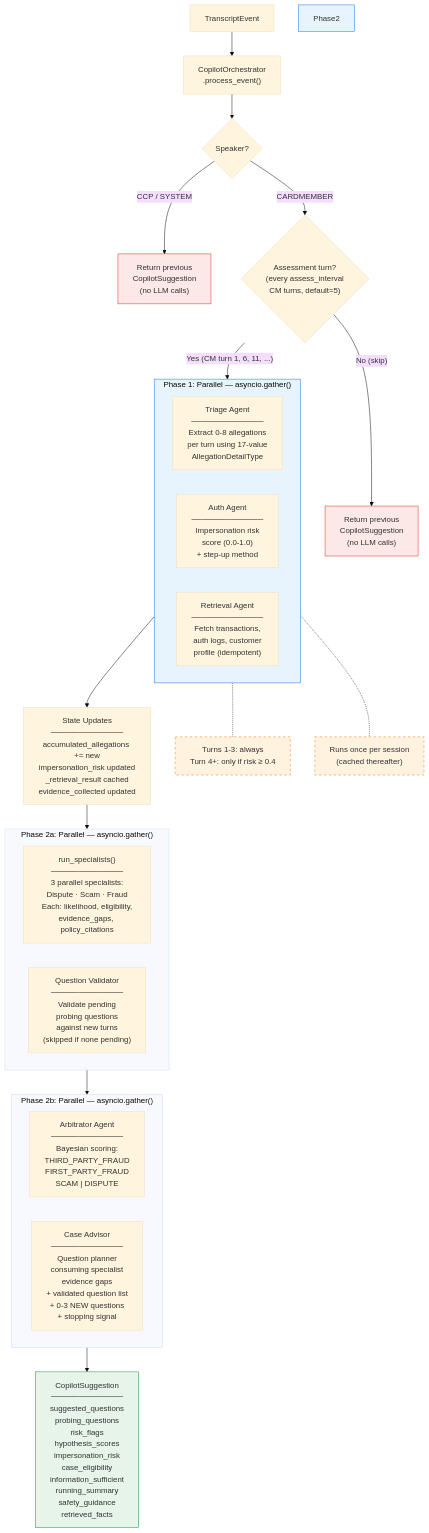
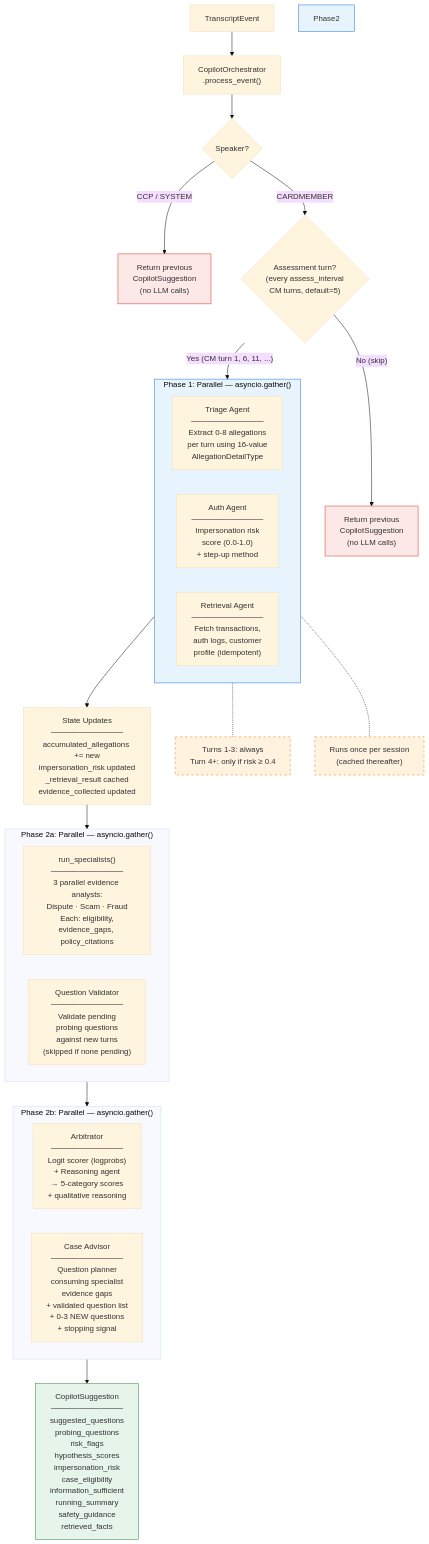
The diagram in doc/copilot-workflow.md (hjf1997/agentic_fraud_servicing), drawn with Mermaid (base theme) before and after one commit. The commit also changed other lines of this file and 13 other files, not shown here.

First line of the commit message:
feat(copilot): replace LLM-generated scores with logprob-based hypothesis scoring

````diff
--- a/doc/copilot-workflow.md
+++ b/doc/copilot-workflow.md
@@ -9,50 +9,50 @@
 ```mermaid
 flowchart TD
     Event["TranscriptEvent"] --> Orch["CopilotOrchestrator<br/>.process_event()"]
 
     Orch --> SpeakerCheck{Speaker?}
 
     SpeakerCheck -->|CCP / SYSTEM| ReturnPrev["Return previous<br/>CopilotSuggestion<br/>(no LLM calls)"]
     SpeakerCheck -->|CARDMEMBER| IntervalCheck
 
     IntervalCheck{"Assessment turn?<br/>(every assess_interval<br/>CM turns, default=5)"} -->|"No (skip)"| ReturnPrev2["Return previous<br/>CopilotSuggestion<br/>(no LLM calls)"]
     IntervalCheck -->|"Yes (CM turn 1, 6, 11, ...)"| Phase1
 
     subgraph Phase1["Phase 1: Parallel — asyncio.gather()"]
         direction LR
-        Triage["Triage Agent<br/>─────────────<br/>Extract 0-8 allegations<br/>per turn using 17-value<br/>AllegationDetailType"]
+        Triage["Triage Agent<br/>─────────────<br/>Extract 0-8 allegations<br/>per turn using 16-value<br/>AllegationDetailType"]
         Auth["Auth Agent<br/>─────────────<br/>Impersonation risk<br/>score (0.0-1.0)<br/>+ step-up method"]
         Retrieval["Retrieval Agent<br/>─────────────<br/>Fetch transactions,<br/>auth logs, customer<br/>profile (idempotent)"]
     end
 
     Phase1 --> StateUpdate["State Updates<br/>─────────────<br/>accumulated_allegations += new<br/>impersonation_risk updated<br/>_retrieval_result cached<br/>evidence_collected updated"]
 
     StateUpdate --> Phase2a
 
     subgraph Phase2a["Phase 2a: Parallel — asyncio.gather()"]
         direction LR
-        Specs["run_specialists()<br/>─────────────<br/>3 parallel specialists:<br/>Dispute · Scam · Fraud<br/>Each: likelihood, eligibility,<br/>evidence_gaps, policy_citations"]
+        Specs["run_specialists()<br/>─────────────<br/>3 parallel evidence analysts:<br/>Dispute · Scam · Fraud<br/>Each: eligibility,<br/>evidence_gaps, policy_citations"]
         QValidator["Question Validator<br/>─────────────<br/>Validate pending<br/>probing questions<br/>against new turns<br/>(skipped if none pending)"]
     end
 
     Phase2a --> Phase2b
 
     subgraph Phase2b["Phase 2b: Parallel — asyncio.gather()"]
         direction LR
-        Arb["Arbitrator Agent<br/>─────────────<br/>Bayesian scoring:<br/>THIRD_PARTY_FRAUD<br/>FIRST_PARTY_FRAUD<br/>SCAM | DISPUTE"]
+        Arb["Arbitrator<br/>─────────────<br/>Logit scorer (logprobs)<br/>+ Reasoning agent<br/>→ 5-category scores<br/>+ qualitative reasoning"]
         CaseAdv["Case Advisor<br/>─────────────<br/>Question planner<br/>consuming specialist<br/>evidence gaps<br/>+ validated question list<br/>+ 0-3 NEW questions<br/>+ stopping signal"]
     end
 
     Phase2b --> Output["CopilotSuggestion<br/>─────────────<br/>suggested_questions<br/>probing_questions<br/>risk_flags<br/>hypothesis_scores<br/>impersonation_risk<br/>case_eligibility<br/>information_sufficient<br/>running_summary<br/>safety_guidance<br/>retrieved_facts"]
 
     Auth -.- AuthNote["Turns 1-3: always<br/>Turn 4+: only if risk ≥ 0.4"]
     Retrieval -.- RetrNote["Runs once per session<br/>(cached thereafter)"]
 
     style Phase1 fill:#e8f4fd,stroke:#1a73e8
     style Phase2 fill:#e8f4fd,stroke:#1a73e8
     style Output fill:#e6f4ea,stroke:#1e8e3e
     style ReturnPrev fill:#fce8e6,stroke:#d93025
     style ReturnPrev2 fill:#fce8e6,stroke:#d93025
     style AuthNote fill:#fff3e0,stroke:#f57c00,stroke-dasharray: 5 5
     style RetrNote fill:#fff3e0,stroke:#f57c00,stroke-dasharray: 5 5
 ```
````
